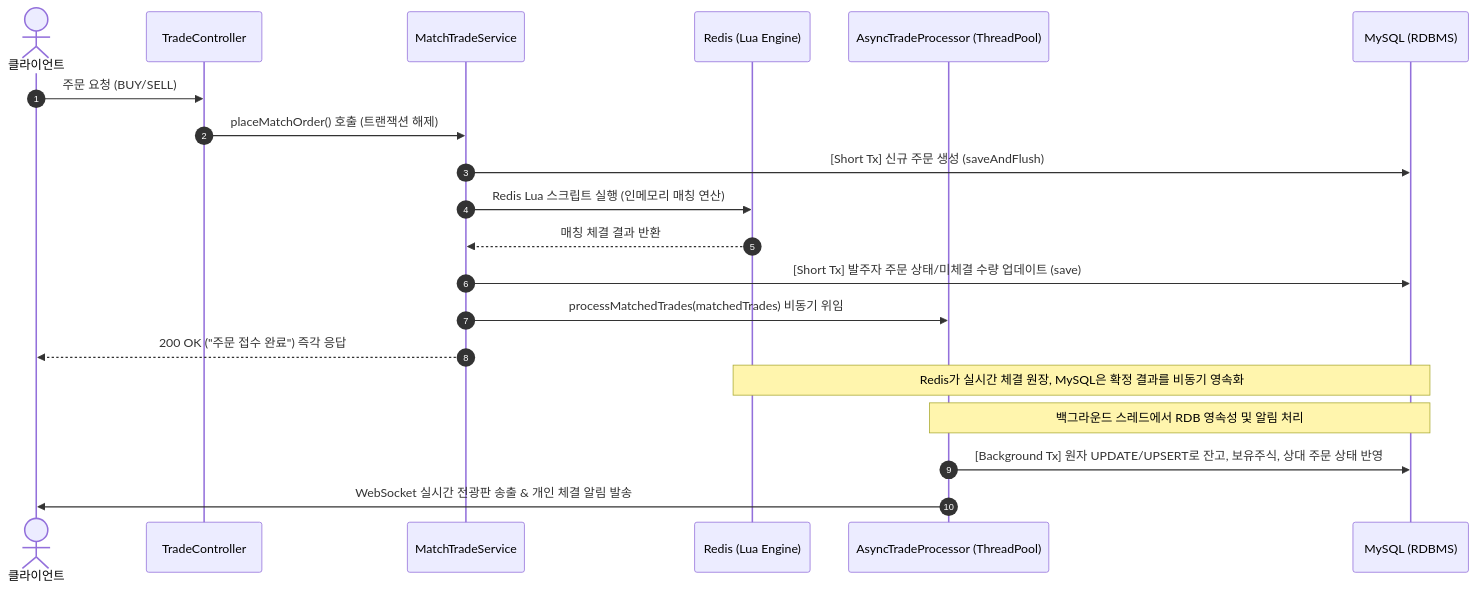
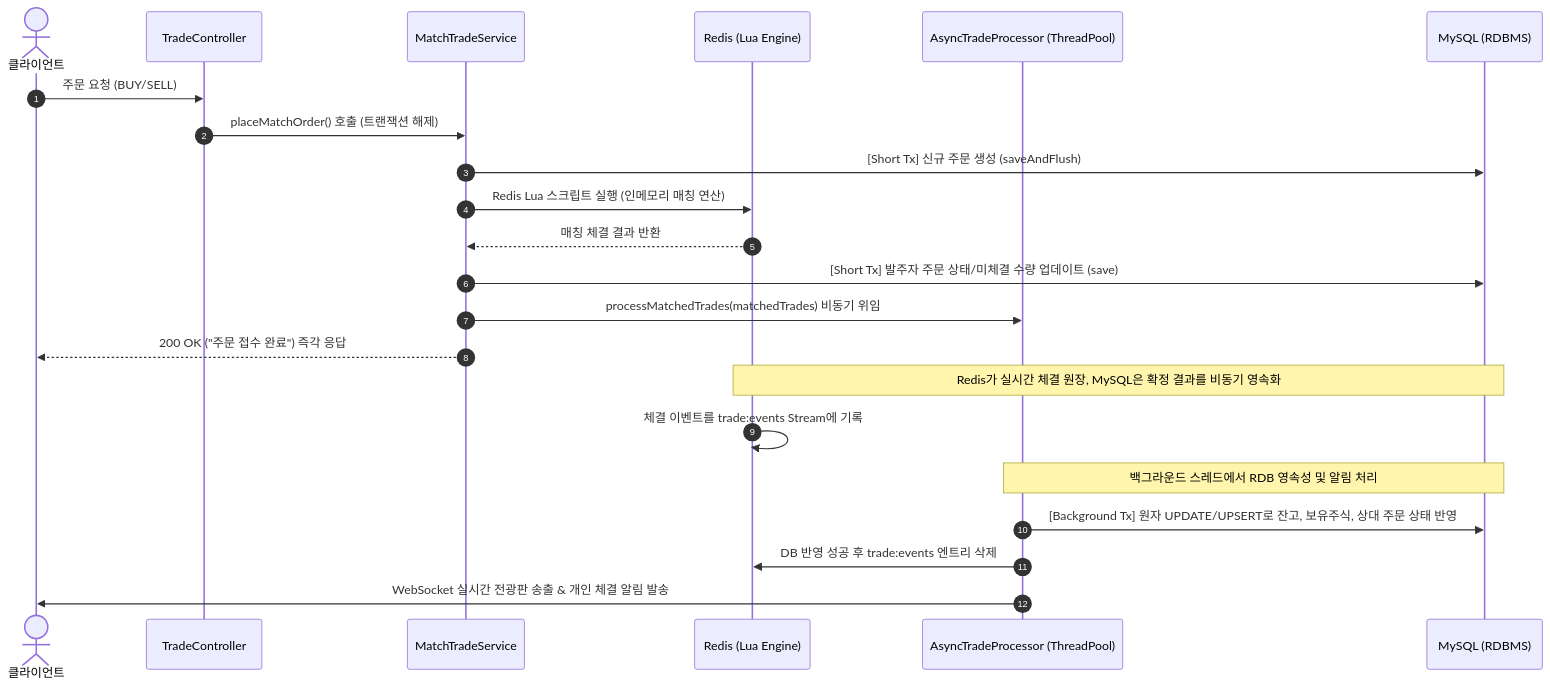
Before and after one commit to theburiburi/StockSimulator: the second of 3 diagrams in README.md, drawn with Mermaid. The commit also changed other lines of this file and 12 other files, not shown here.

````diff
--- a/README.md
+++ b/README.md
@@ -18,24 +54,26 @@
 ```mermaid
 sequenceDiagram
     autonumber
     actor User as 클라이언트
     participant Controller as TradeController
     participant MatchService as MatchTradeService
     participant Redis as Redis (Lua Engine)
     participant Processor as AsyncTradeProcessor (ThreadPool)
     participant DB as MySQL (RDBMS)
 
     User->>Controller: 주문 요청 (BUY/SELL)
     Controller->>MatchService: placeMatchOrder() 호출 (트랜잭션 해제)
     MatchService->>DB: [Short Tx] 신규 주문 생성 (saveAndFlush)
     MatchService->>Redis: Redis Lua 스크립트 실행 (인메모리 매칭 연산)
     Redis-->>MatchService: 매칭 체결 결과 반환
     MatchService->>DB: [Short Tx] 발주자 주문 상태/미체결 수량 업데이트 (save)
     MatchService->>Processor: processMatchedTrades(matchedTrades) 비동기 위임
     MatchService-->>User: 200 OK ("주문 접수 완료") 즉각 응답
     
     note over Redis, DB: Redis가 실시간 체결 원장, MySQL은 확정 결과를 비동기 영속화
+    Redis->>Redis: 체결 이벤트를 trade:events Stream에 기록
     note over Processor, DB: 백그라운드 스레드에서 RDB 영속성 및 알림 처리
     Processor->>DB: [Background Tx] 원자 UPDATE/UPSERT로 잔고, 보유주식, 상대 주문 상태 반영
+    Processor->>Redis: DB 반영 성공 후 trade:events 엔트리 삭제
     Processor->>User: WebSocket 실시간 전광판 송출 & 개인 체결 알림 발송
 ```
````
